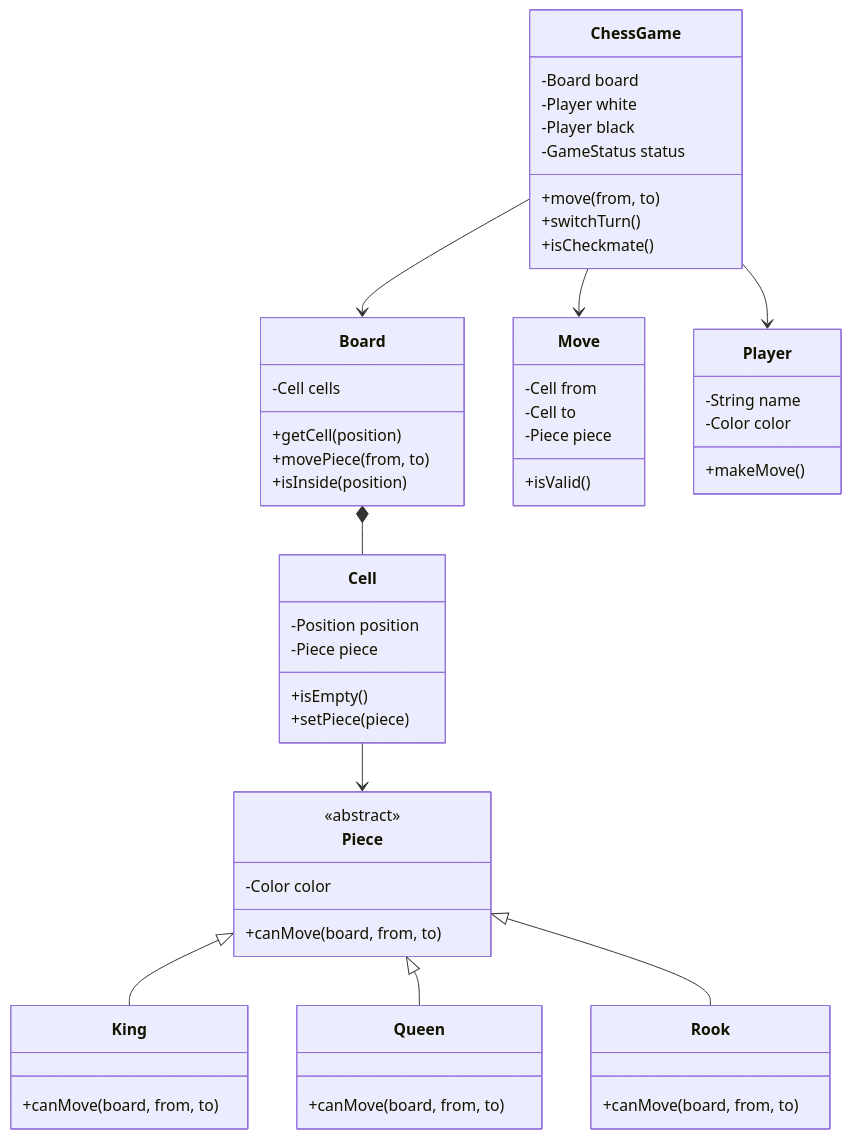
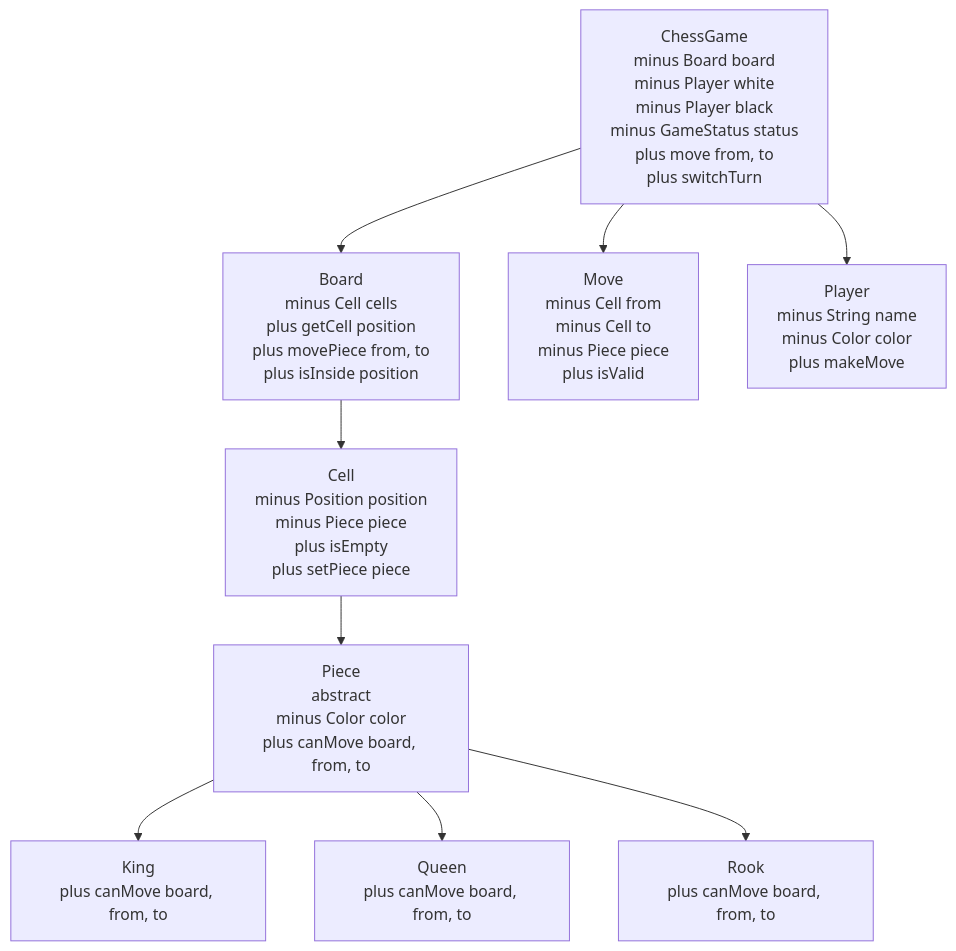
The fifth of 58 diagrams in LLD_NOTES/lld_visual_java_reference_fixed.md (mthaiseer/springcloud-systemdesign-notes), drawn with Mermaid before and after one commit. The commit also changed other lines of this file, not shown here.

````diff
--- a/LLD_NOTES/lld_visual_java_reference_fixed.md
+++ b/LLD_NOTES/lld_visual_java_reference_fixed.md
@@ -318,57 +312,20 @@
 ```mermaid
-classDiagram
-  class ChessGame {
-    -Board board
-    -Player white
-    -Player black
-    -GameStatus status
-    +move(from, to)
-    +switchTurn()
-    +isCheckmate()
-  }
-  class Board {
-    -Cell cells
-    +getCell(position)
-    +movePiece(from, to)
-    +isInside(position)
-  }
-  class Cell {
-    -Position position
-    -Piece piece
-    +isEmpty()
-    +setPiece(piece)
-  }
-  class Piece {
-    <<abstract>>
-    -Color color
-    +canMove(board, from, to)
-  }
-  class King {
-    +canMove(board, from, to)
-  }
-  class Queen {
-    +canMove(board, from, to)
-  }
-  class Rook {
-    +canMove(board, from, to)
-  }
-  class Move {
-    -Cell from
-    -Cell to
-    -Piece piece
-    +isValid()
-  }
-  class Player {
-    -String name
-    -Color color
-    +makeMove()
-  }
-  ChessGame --> Board
-  ChessGame --> Player
-  ChessGame --> Move
-  Board *-- Cell
-  Cell --> Piece
-  Piece <|-- King
-  Piece <|-- Queen
-  Piece <|-- Rook
+flowchart TD
+  C1["ChessGame<br/>minus Board board<br/>minus Player white<br/>minus Player black<br/>minus GameStatus status<br/>plus move from, to<br/>plus switchTurn"]
+  C2["Board<br/>minus Cell cells<br/>plus getCell position<br/>plus movePiece from, to<br/>plus isInside position"]
+  C3["Cell<br/>minus Position position<br/>minus Piece piece<br/>plus isEmpty<br/>plus setPiece piece"]
+  C4["Piece<br/>abstract<br/>minus Color color<br/>plus canMove board, from, to"]
+  C5["King<br/>plus canMove board, from, to"]
+  C6["Queen<br/>plus canMove board, from, to"]
+  C7["Rook<br/>plus canMove board, from, to"]
+  C8["Move<br/>minus Cell from<br/>minus Cell to<br/>minus Piece piece<br/>plus isValid"]
+  C9["Player<br/>minus String name<br/>minus Color color<br/>plus makeMove"]
+  C1 --> C2
+  C1 --> C9
+  C1 --> C8
+  C2 --> C3
+  C3 --> C4
+  C4 --> C5
+  C4 --> C6
+  C4 --> C7
 ```
````
